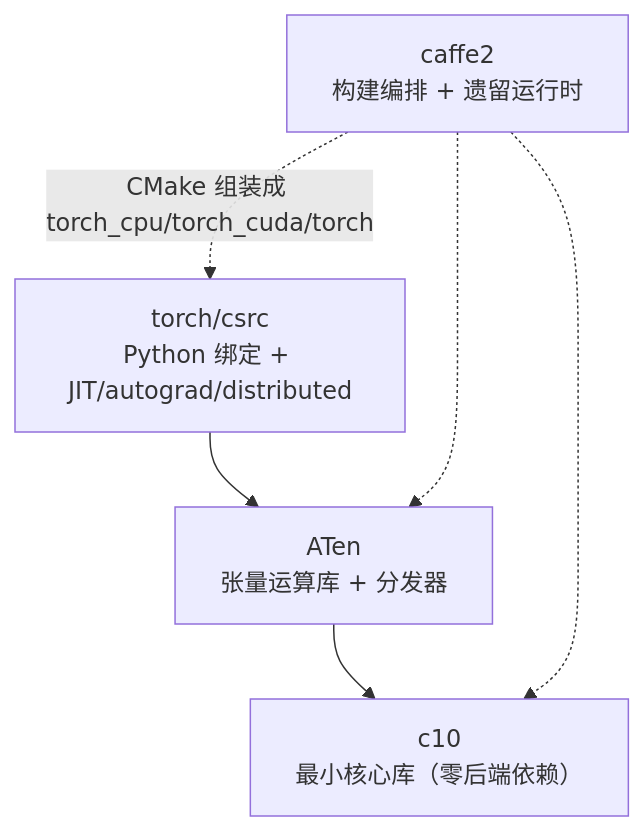
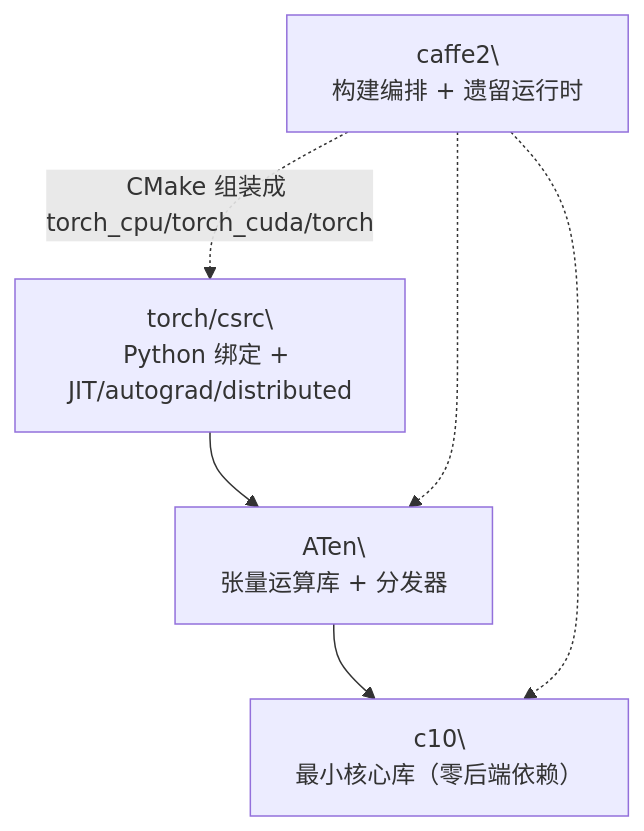
Before and after one commit to stevexiaofei/second-brain: the diagram in docs/knowledge/pytorch/pytorch-cpp-core.md, drawn with Mermaid. The commit also changed 14 other files, not shown here.

First line of the commit message:
docs: bump mermaid font sizes and replace <br/> with real newlines

````diff
--- a/docs/knowledge/pytorch/pytorch-cpp-core.md
+++ b/docs/knowledge/pytorch/pytorch-cpp-core.md
@@ -24,12 +24,16 @@
 ```mermaid
 graph TD
-    csrc["torch/csrc<br/>Python 绑定 + JIT/autograd/distributed"]
-    aten["ATen<br/>张量运算库 + 分发器"]
-    c10["c10<br/>最小核心库（零后端依赖）"]
-    caffe2["caffe2<br/>构建编排 + 遗留运行时"]
+    csrc["torch/csrc\
+Python 绑定 + JIT/autograd/distributed"]
+    aten["ATen\
+张量运算库 + 分发器"]
+    c10["c10\
+最小核心库（零后端依赖）"]
+    caffe2["caffe2\
+构建编排 + 遗留运行时"]
     csrc --> aten
     aten --> c10
     caffe2 -.->|"CMake 组装成 torch_cpu/torch_cuda/torch"| csrc
     caffe2 -.-> aten
     caffe2 -.-> c10
 ```
````
